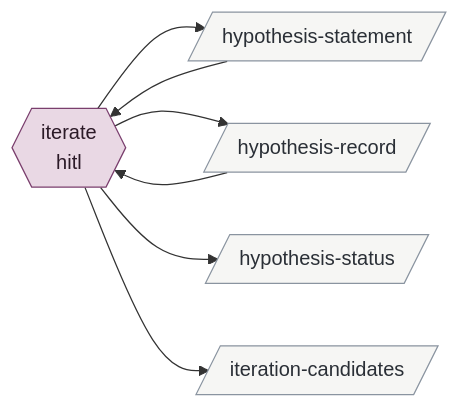
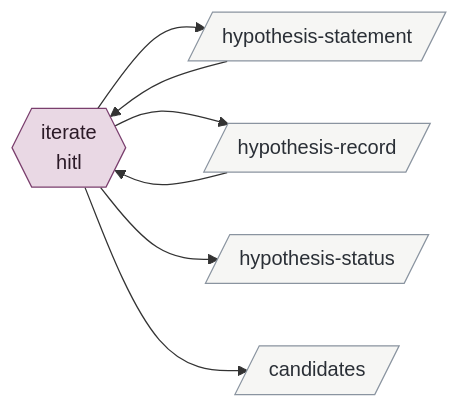
One commit to bc414/StoryPlanner changed the fourth of 15 diagrams in .claude/skills/v3-buildout-2/map.md. Above: the diagram before and after it, drawn with Mermaid. The commit also changed other lines of this file and 29 other files, not shown here.

````diff
--- a/.claude/skills/v3-buildout-2/map.md
+++ b/.claude/skills/v3-buildout-2/map.md
@@ -125,21 +124,21 @@
 ```mermaid
 flowchart LR
   classDef hitl fill:#e9d8e4,stroke:#7a3e6d,color:#2b1a27
   classDef session fill:#dce6f0,stroke:#3b5b7c,color:#14202c
   classDef agent fill:#f5e6c8,stroke:#b7791f,color:#3a2a08
   classDef artifact fill:#f6f6f4,stroke:#8a94a0,color:#2a2f36
   classDef activity fill:#dcebdd,stroke:#4b7f52,color:#122816
   classDef terminus fill:#e4e4ea,stroke:#5b5b7a,color:#1c1c2c
   iterate{{"iterate<br/>hitl"}}:::hitl
+  candidates[/"candidates"/]:::artifact
   hypothesisrecord[/"hypothesis-record"/]:::artifact
   hypothesisstatement[/"hypothesis-statement"/]:::artifact
   hypothesisstatus[/"hypothesis-status"/]:::artifact
-  iterationcandidates[/"iteration-candidates"/]:::artifact
 
   hypothesisstatement --> iterate
   hypothesisrecord --> iterate
   iterate --> hypothesisstatement
   iterate --> hypothesisrecord
   iterate --> hypothesisstatus
-  iterate --> iterationcandidates
+  iterate --> candidates
 ```
````
